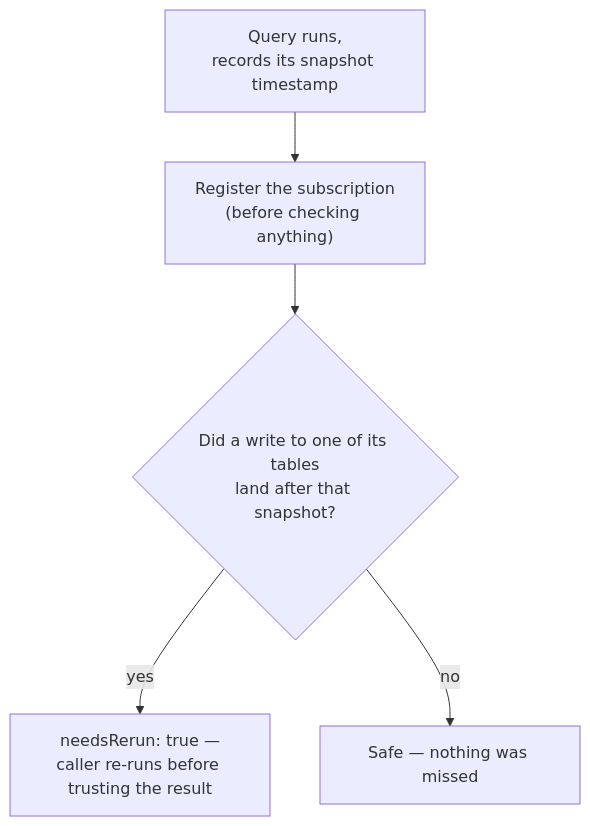
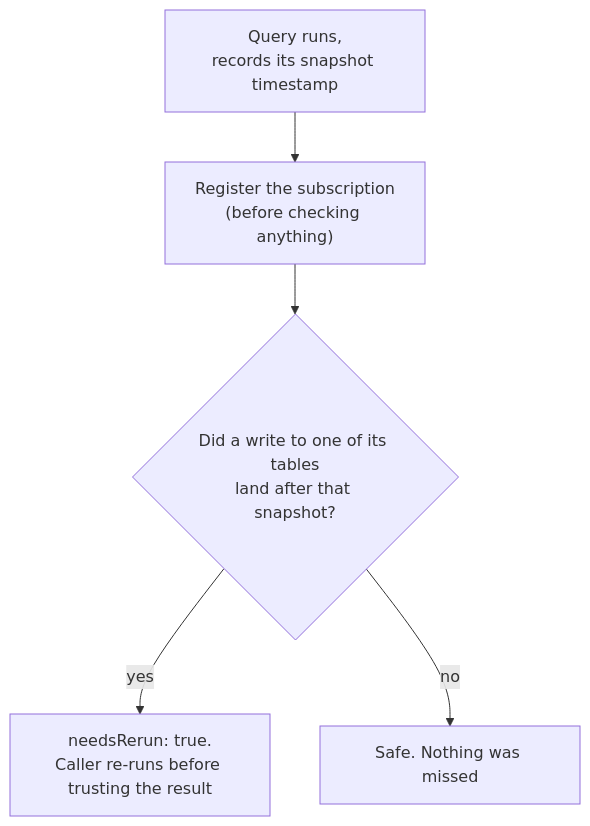
Before and after one commit to helipod-sh/helipod: the second of 5 diagrams in docs_new/content/docs/contributing/architecture/reactivity.mdx, drawn with Mermaid. The commit also changed other lines of this file and 49 other files, not shown here.

````diff
--- a/docs_new/content/docs/contributing/architecture/reactivity.mdx
+++ b/docs_new/content/docs/contributing/architecture/reactivity.mdx
@@ -89,7 +90,7 @@
 ```mermaid
 flowchart TD
     A["Query runs,<br/>records its snapshot timestamp"] --> B["Register the subscription<br/>(before checking anything)"]
     B --> C{"Did a write to one of its tables<br/>land after that snapshot?"}
-    C -- yes --> D["needsRerun: true —<br/>caller re-runs before trusting the result"]
-    C -- no --> E["Safe — nothing was missed"]
+    C -- yes --> D["needsRerun: true.<br/>Caller re-runs before trusting the result"]
+    C -- no --> E["Safe. Nothing was missed"]
 ```
````
